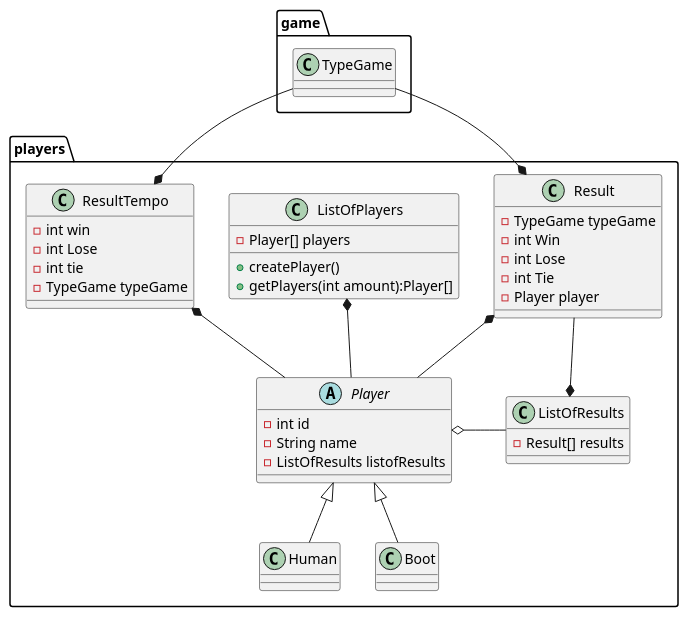
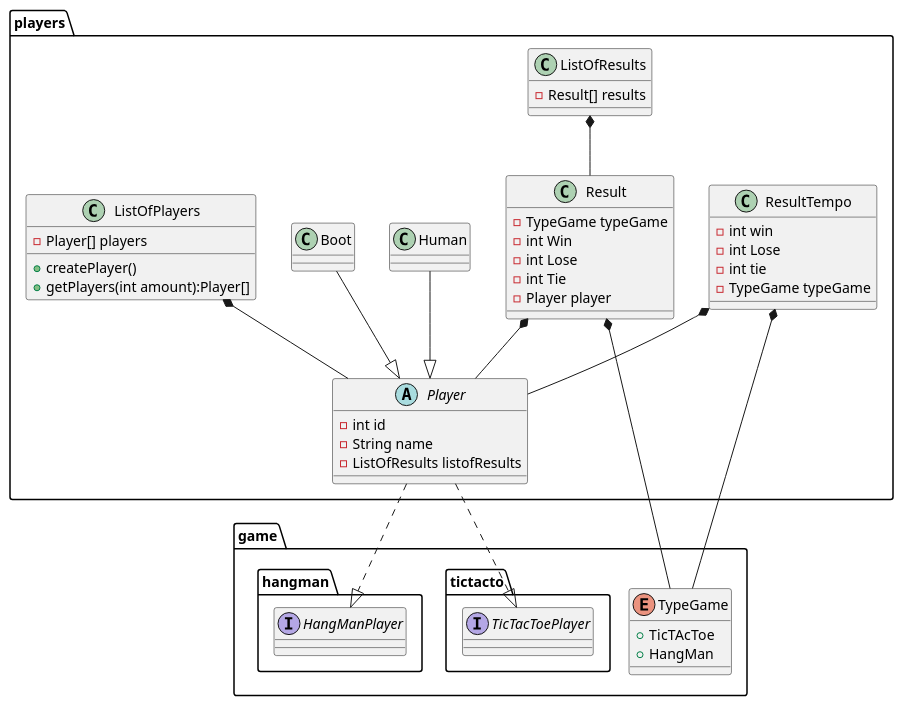
Before and after one commit to jesus-a-barrera/ExcerciseGames-ItFundamentals: the diagram in docs/class/ClassDiagramPlayer.wsd, drawn with PlantUML. The commit also changed 7 other files, not shown here.

```diff
--- a/docs/class/ClassDiagramPlayer.wsd
+++ b/docs/class/ClassDiagramPlayer.wsd
@@ -1,66 +1,81 @@
 @startuml classDiagram
 
 package players{
     class ListOfPlayers{
         -Player[] players
         +createPlayer()
         +getPlayers(int amount):Player[]
     }
 
     abstract Player{
         -int id
         -String name
         -ListOfResults listofResults
     }
 
     class ListOfResults{
         -Result[] results
     }
 
     class Result{
         -TypeGame typeGame
         -int Win
         -int Lose
         -int Tie
         -Player player
     }
 
     class ResultTempo{
         -int win 
         -int Lose
         -int tie
         -TypeGame typeGame
     }
 
     class Human{
 
     }
 
     class Boot{
 
     }
 
 
 
     ListOfPlayers *-- Player
-    ListOfResults *-up- Result
+    ListOfResults *-- Result
 
-    Player o-right- ListOfResults
-    Human -up-|> Player
-    Boot -up-|> Player
+    
+    Human --|> Player
+    Boot --|> Player
 
     Result *-- Player
 
 }
 
 package game{
-    class TypeGame{
+    enum TypeGame{
+        +TicTAcToe
+        +HangMan
+    }
+    package tictacto{
+        interface TicTacToePlayer{
+        }
+    }
 
+    package hangman{
+        interface HangManPlayer{
+        }
     }
 }
 
-Result *-up- TypeGame
-ResultTempo *-up- TypeGame
+
+
+Result *-- TypeGame
+ResultTempo *-- TypeGame
 ResultTempo *-- Player
 
+Player ..|> TicTacToePlayer
+Player ..|> HangManPlayer
+
 @enduml
```
